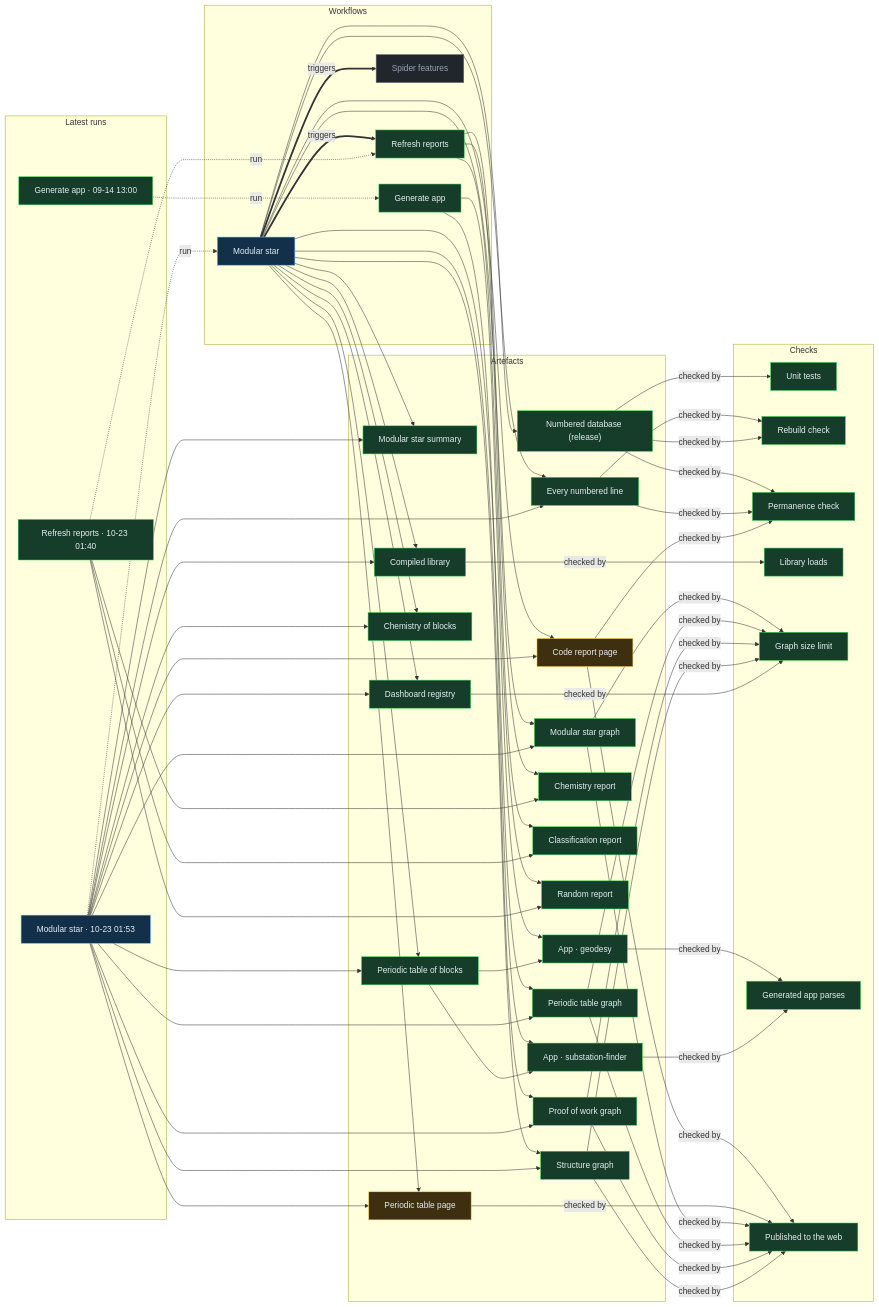
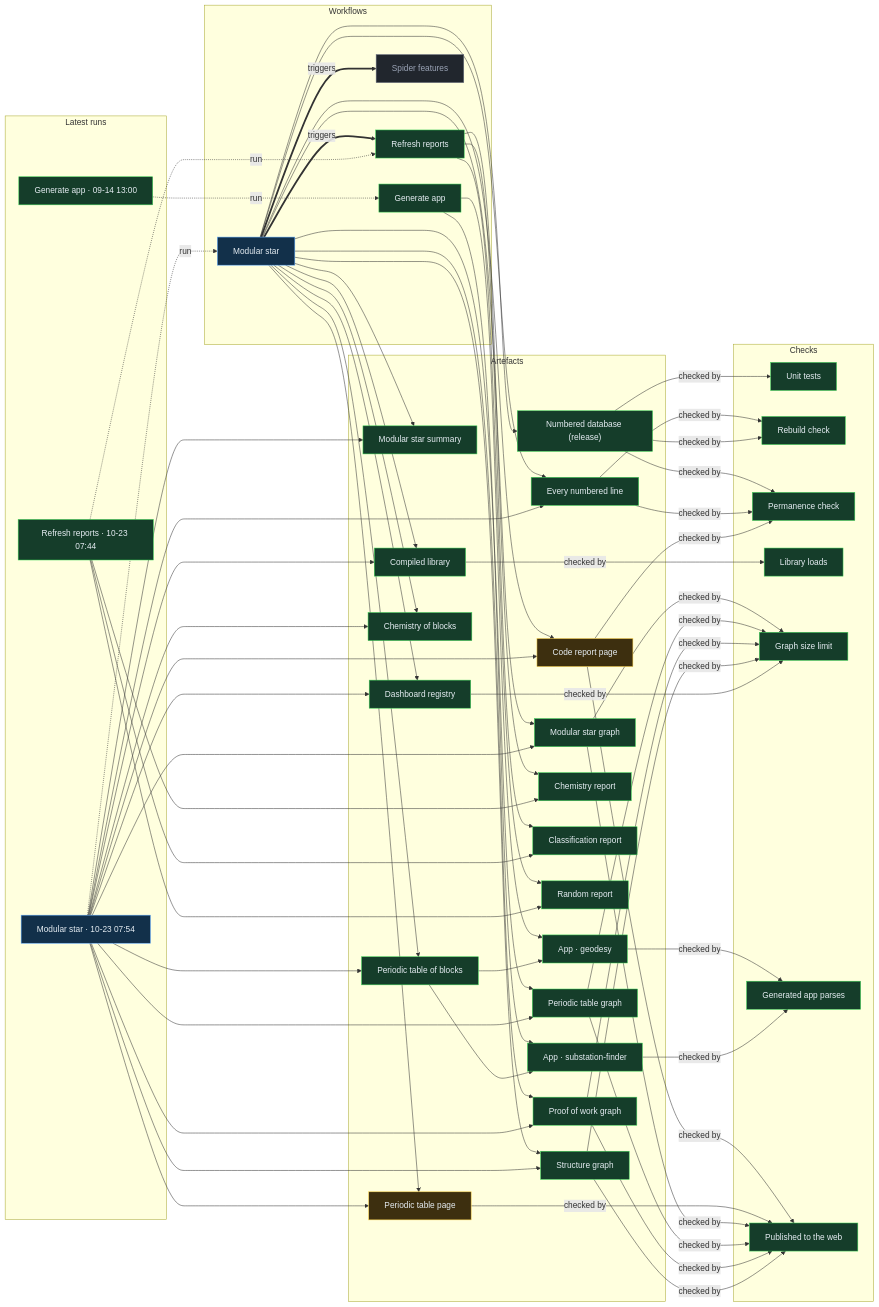
The diagram in proof/PROOF.md (Ventusltd/stars), drawn with Mermaid before and after one commit. The commit also changed other lines of this file and 46 other files, not shown here.

Commit message:
Modular star 2026-10-23T07:56Z

```diff
--- a/proof/PROOF.md
+++ b/proof/PROOF.md
@@ -24,8 +24,8 @@
   n_wf_spider_features["Spider features"]:::off
   end
   subgraph g_runs["Latest runs"]
-  n_run_39886503272["Modular star · 10-23 01:53"]:::live
-  n_run_39885334750["Refresh reports · 10-23 01:40"]:::ok
+  n_run_39920896672["Modular star · 10-23 07:54"]:::live
+  n_run_39919783687["Refresh reports · 10-23 07:44"]:::ok
   n_run_34846587798["Generate app · 09-14 13:00"]:::ok
   end
   subgraph g_artefacts["Artefacts"]
@@ -59,39 +59,39 @@
   end
   n_wf_modular_star == triggers ==> n_wf_refresh
   n_wf_modular_star == triggers ==> n_wf_spider_features
-  n_run_39886503272 -. run .-> n_wf_modular_star
-  n_run_39885334750 -. run .-> n_wf_refresh
+  n_run_39920896672 -. run .-> n_wf_modular_star
+  n_run_39919783687 -. run .-> n_wf_refresh
   n_run_34846587798 -. run .-> n_wf_generate
   n_wf_modular_star --> n_art_summary
-  n_run_39886503272 --> n_art_summary
+  n_run_39920896672 --> n_art_summary
   n_wf_modular_star --> n_art_lines
-  n_run_39886503272 --> n_art_lines
+  n_run_39920896672 --> n_art_lines
   n_wf_modular_star --> n_art_code
-  n_run_39886503272 --> n_art_code
+  n_run_39920896672 --> n_art_code
   n_wf_modular_star --> n_art_modular_graph
-  n_run_39886503272 --> n_art_modular_graph
+  n_run_39920896672 --> n_art_modular_graph
   n_wf_modular_star --> n_art_blocks
-  n_run_39886503272 --> n_art_blocks
+  n_run_39920896672 --> n_art_blocks
   n_wf_modular_star --> n_art_table
-  n_run_39886503272 --> n_art_table
+  n_run_39920896672 --> n_art_table
   n_wf_modular_star --> n_art_blocks_graph
-  n_run_39886503272 --> n_art_blocks_graph
+  n_run_39920896672 --> n_art_blocks_graph
   n_wf_modular_star --> n_art_reactions
-  n_run_39886503272 --> n_art_reactions
+  n_run_39920896672 --> n_art_reactions
   n_wf_modular_star --> n_art_library
-  n_run_39886503272 --> n_art_library
+  n_run_39920896672 --> n_art_library
   n_wf_modular_star --> n_art_features
-  n_run_39886503272 --> n_art_features
+  n_run_39920896672 --> n_art_features
   n_wf_modular_star --> n_art_proof
-  n_run_39886503272 --> n_art_proof
+  n_run_39920896672 --> n_art_proof
   n_wf_modular_star --> n_art_structure
-  n_run_39886503272 --> n_art_structure
+  n_run_39920896672 --> n_art_structure
   n_wf_refresh --> n_art_chemistry
-  n_run_39885334750 --> n_art_chemistry
+  n_run_39919783687 --> n_art_chemistry
   n_wf_refresh --> n_art_vedic
-  n_run_39885334750 --> n_art_vedic
+  n_run_39919783687 --> n_art_vedic
   n_wf_refresh --> n_art_random
-  n_run_39885334750 --> n_art_random
+  n_run_39919783687 --> n_art_random
   n_wf_modular_star --> n_art_release
   n_wf_generate --> n_app_geodesy
   n_art_blocks --> n_app_geodesy
```
